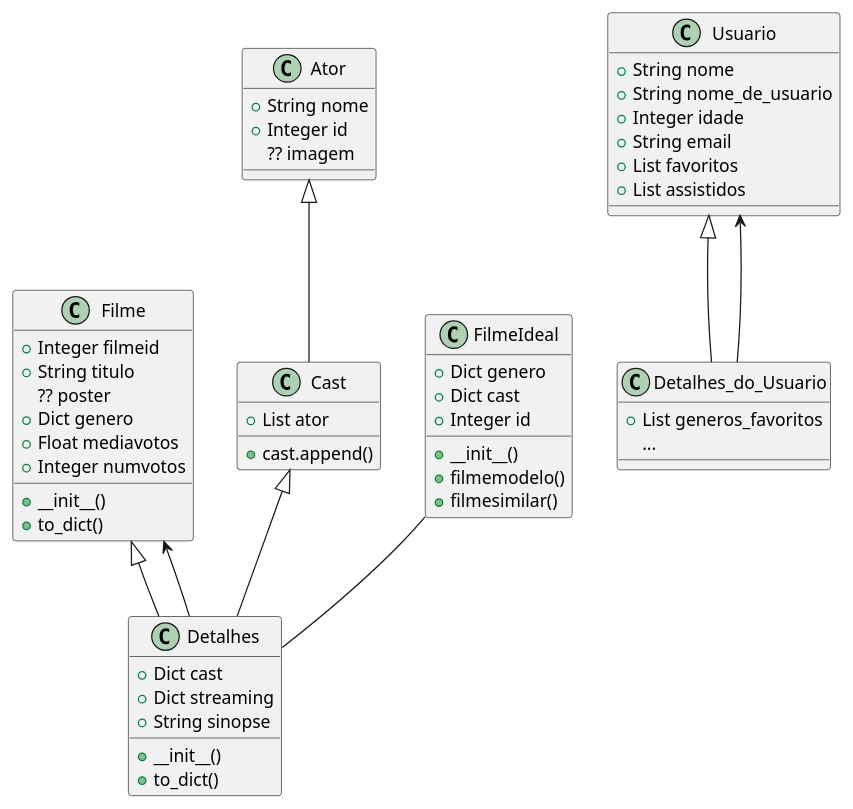
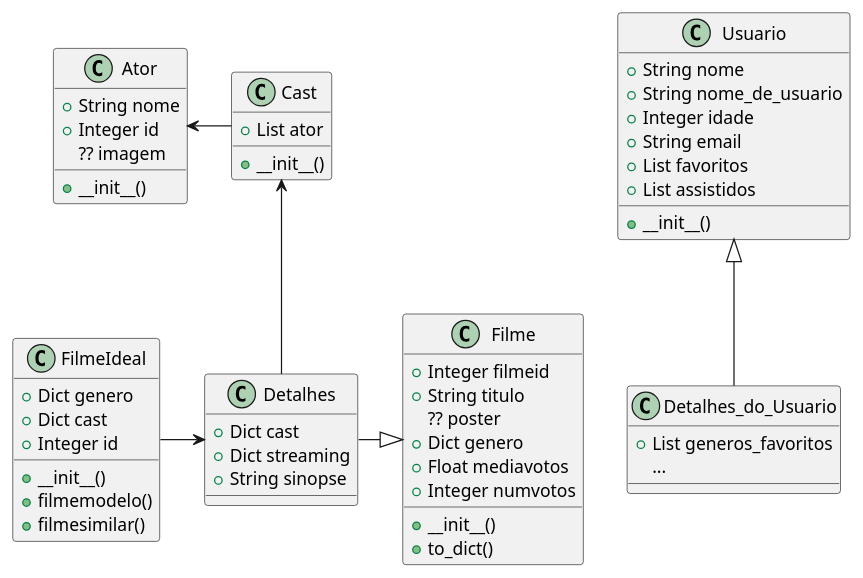
Before and after one commit to isadora-yasmim/ms_20242_g3: the diagram in diagrama_de_classes.plantuml, drawn with PlantUML.

```diff
--- a/diagrama_de_classes.plantuml
+++ b/diagrama_de_classes.plantuml
@@ -1,63 +1,64 @@
 @startuml Diagrama_de_Classses_KlimaX
         class Filme {
                 +Integer filmeid
                 +String titulo
                 ?? poster
                 +Dict genero
                 +Float mediavotos
                 +Integer numvotos
 
                 +__init__()
                 +to_dict()
         }
 
-        class Detalhes extends Filme{
+        class Detalhes{
                 +Dict cast
                 +Dict streaming
                 +String sinopse
 
-                +__init__()
-                +to_dict()
+
         }
 
-        class Cast extends Ator{
+        class Cast{
                 +List ator
-                +cast.append()
+                +__init__()
         }
 
         class Ator {
                 +String nome
                 +Integer id
                 ?? imagem
+                +__init__()
         }
 
         class Usuario {
                 +String nome
                 +String nome_de_usuario
                 +Integer idade
                 +String email
                 +List favoritos
                 +List assistidos
+                +__init__()
         }
         class FilmeIdeal {
                 +Dict genero
                 +Dict cast
                 +Integer id
 
                 +__init__()
                 +filmemodelo()
                 +filmesimilar()
         }
 
         class Detalhes_do_Usuario extends Usuario {
                 +List generos_favoritos
                 ...
 
         }
 
-        FilmeIdeal -- Detalhes
-        Detalhes --> Filme
-        Cast <|-- Detalhes
-        Detalhes_do_Usuario --> Usuario
+        FilmeIdeal -> Detalhes
+        Detalhes -|> Filme
+        Cast <-- Detalhes
+        Ator <- Cast
 
 @enduml
```
